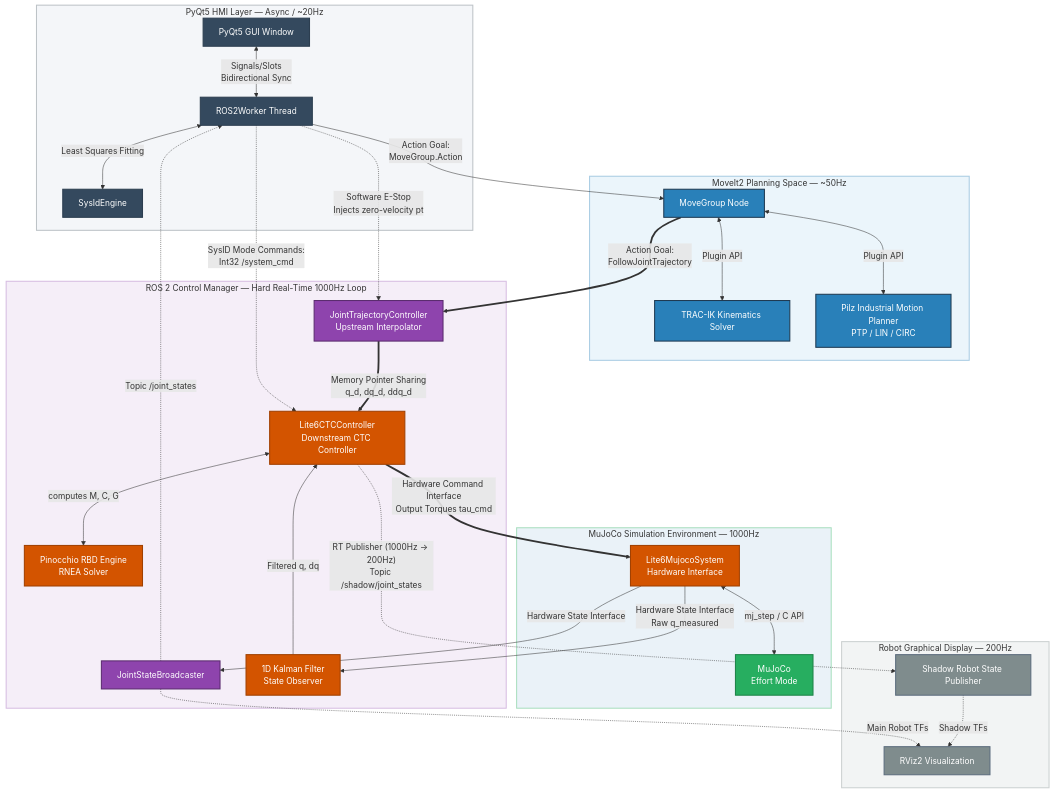
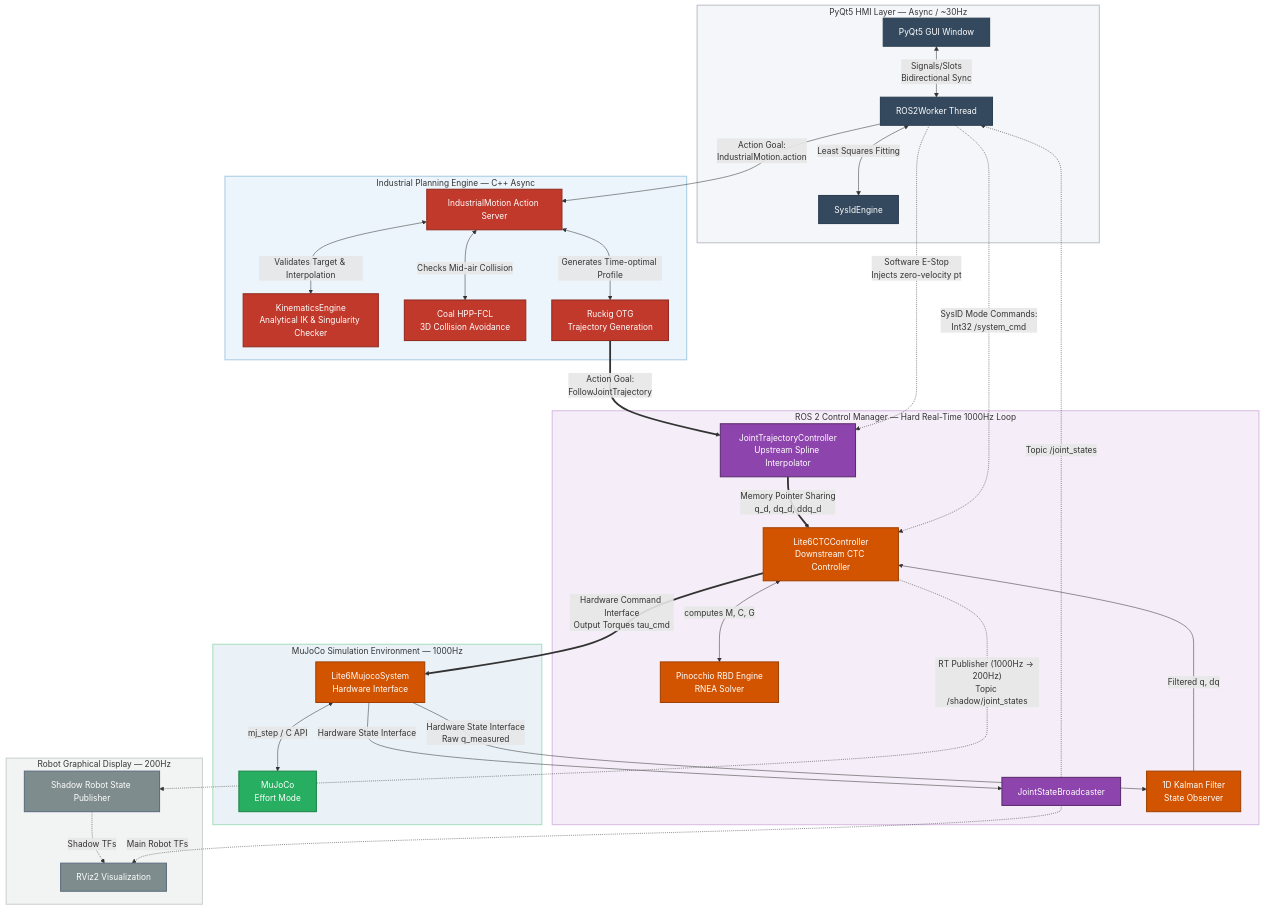
Before and after one commit to Tianyi-Wang-1206/Deterministic-Motion-Planning-and-Dynamics-Control-Framework-for-Lightweight-6-Axis-Robotic-Arms: the diagram in README.md, drawn with Mermaid. The commit also changed other lines of this file, not shown here.

```diff
--- a/README.md
+++ b/README.md
@@ -36,14 +41,14 @@
 graph TB
     %% Style Definitions
     classDef PyQt fill:#34495e,stroke:#2c3e50,stroke-width:2px,color:#fff;
-    classDef MoveIt fill:#2980b9,stroke:#1f3a52,stroke-width:2px,color:#fff;
+    classDef Planner fill:#c0392b,stroke:#922b21,stroke-width:2px,color:#fff;
     classDef R2C fill:#8e44ad,stroke:#5b2c6f,stroke-width:2px,color:#fff;
     classDef Custom fill:#d35400,stroke:#a04000,stroke-width:2px,color:#fff;
     classDef Physics fill:#27ae60,stroke:#1e8449,stroke-width:2px,color:#fff;
     classDef Util fill:#7f8c8d,stroke:#5d6d7e,stroke-width:2px,color:#fff;
 
     %% Subgraph: PyQt5 HMI Layer (Asynchronous / Non-Real-Time)
-    subgraph Sub_GUI [PyQt5 HMI Layer — Async / ~20Hz]
+    subgraph Sub_GUI [PyQt5 HMI Layer — Async / ~30Hz]
         UI[PyQt5 GUI Window]:::PyQt
         Worker[ROS2Worker Thread]:::PyQt
         SysID[SysIdEngine]:::PyQt
@@ -51,18 +56,21 @@
         Worker <-->|Least Squares Fitting| SysID
     end
 
-    %% Subgraph: MoveIt2 Planning Space (~50Hz On-Demand)
-    subgraph Sub_MoveIt [MoveIt2 Planning Space — ~50Hz]
-        MGroup[MoveGroup Node]:::MoveIt
-        TracIK[TRAC-IK Kinematics Solver]:::MoveIt
-        Pilz[Pilz Industrial Motion Planner<br/>PTP / LIN / CIRC]:::MoveIt
-        MGroup <-->|Plugin API| TracIK
-        MGroup <-->|Plugin API| Pilz
+    %% Subgraph: Custom Industrial Planning Engine
+    subgraph Sub_Planner [Industrial Planning Engine — C++ Async]
+        Action[IndustrialMotion Action Server]:::Planner
+        KinEngine[KinematicsEngine<br/>Analytical IK & Singularity Checker]:::Planner
+        Coal[Coal HPP-FCL<br/>3D Collision Avoidance]:::Planner
+        Ruckig[Ruckig OTG<br/>Trajectory Generation]:::Planner
+        
+        Action <-->|Validates Target & Interpolation| KinEngine
+        Action <-->|Checks Mid-air Collision| Coal
+        Action <-->|Generates Time-optimal Profile| Ruckig
     end
 
     %% Subgraph: Hard Real-Time ROS 2 Control Loop (1000Hz)
     subgraph Sub_R2C [ROS 2 Control Manager — Hard Real-Time 1000Hz Loop]
-        JTC[JointTrajectoryController<br/>Upstream Interpolator]:::R2C
+        JTC[JointTrajectoryController<br/>Upstream Spline Interpolator]:::R2C
         CTC[Lite6CTCController<br/>Downstream CTC Controller]:::Custom
         JSB[JointStateBroadcaster]:::R2C
         KF[1D Kalman Filter<br/>State Observer]:::Custom
@@ -88,8 +96,8 @@
     end
 
     %% System Connections (Data Flow)
-    Worker -->|Action Goal:<br/>MoveGroup.Action| MGroup
-    MGroup ==>|Action Goal:<br/>FollowJointTrajectory| JTC
+    Worker -->|Action Goal:<br/>IndustrialMotion.action| Action
+    Ruckig ==>|Action Goal:<br/>FollowJointTrajectory| JTC
     Worker -.->|Software E-Stop<br/>Injects zero-velocity pt| JTC
     
     %% CTC Inputs & Outputs
@@ -108,7 +116,7 @@
 
     %% Frequencies & Details annotations
     style Sub_GUI fill:#f4f6f9,stroke:#bdc3c7,stroke-width:2px;
-    style Sub_MoveIt fill:#ebf5fb,stroke:#a9cce3,stroke-width:2px;
+    style Sub_Planner fill:#ebf5fb,stroke:#a9cce3,stroke-width:2px;
     style Sub_R2C fill:#f5eef8,stroke:#d7bde2,stroke-width:2px;
     style Sub_MuJoCo fill:#eaf2f8,stroke:#a9dfbf,stroke-width:2px;
     style Sub_Display fill:#f2f4f4,stroke:#ccd1d1,stroke-width:2px;
```
